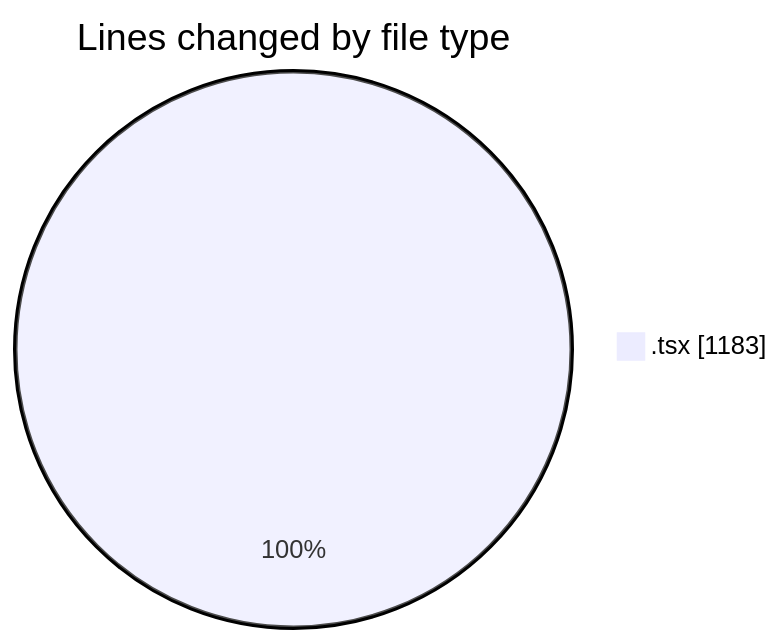
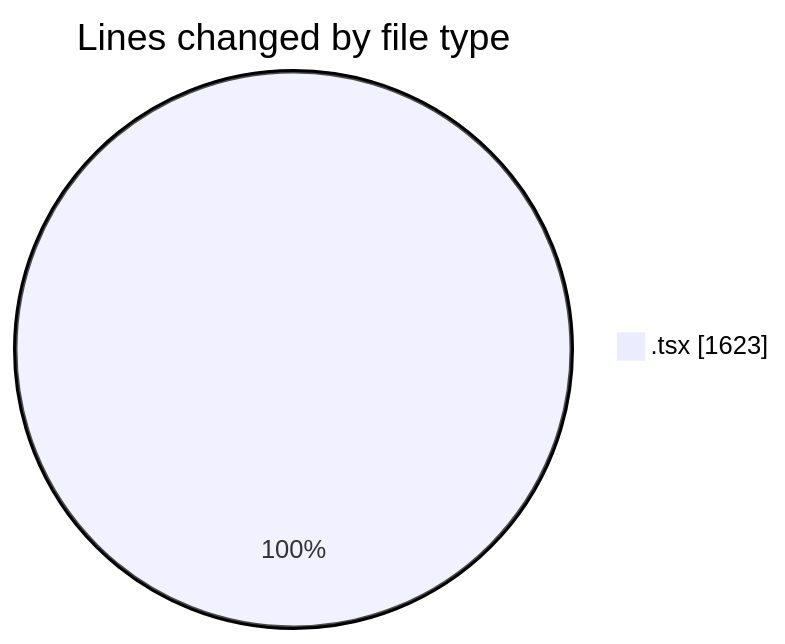
The first of 2 diagrams in 2025-06-13/cda/README.md (momahboobian/code-tracking), drawn with Mermaid before and after one commit. The commit also changed other lines of this file and 1 other file, not shown here.

````diff
--- a/2025-06-13/cda/README.md
+++ b/2025-06-13/cda/README.md
@@ -21,5 +22,5 @@
 ```mermaid
 pie showData
 title Lines changed by file type
-".tsx" : 1183
+".tsx" : 1623
 ```
````
